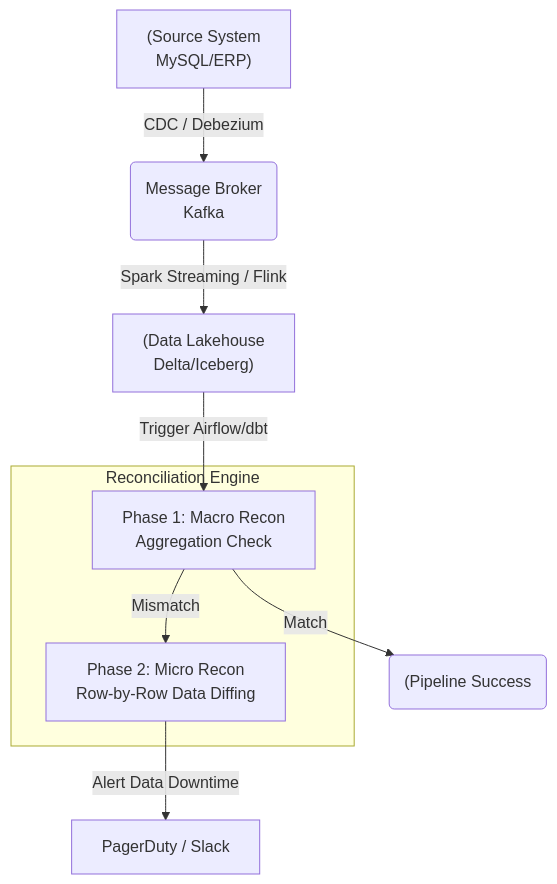
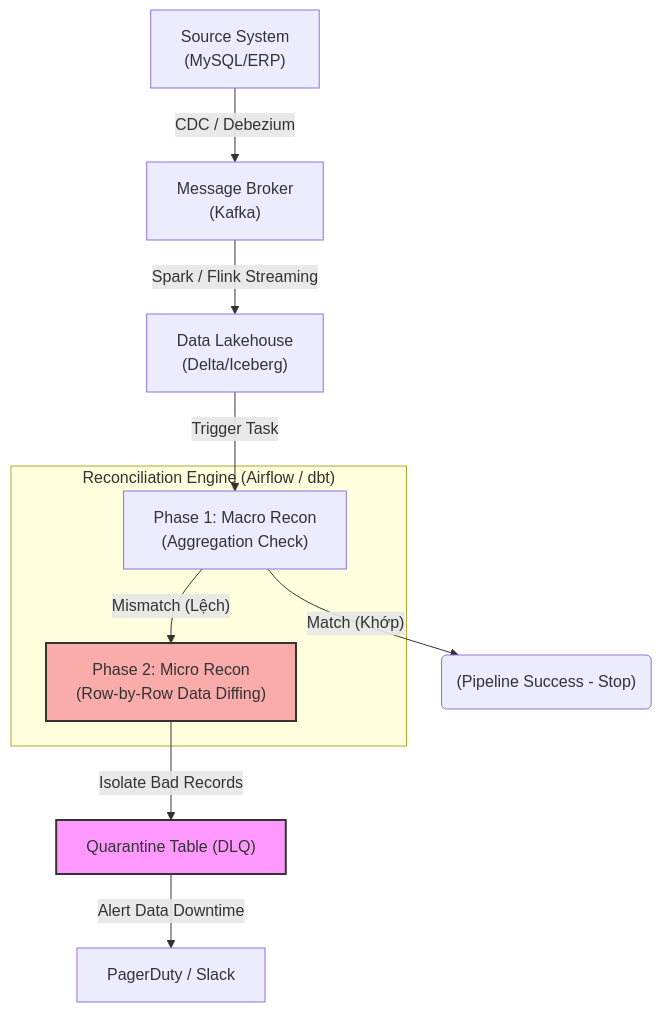
Before and after one commit to kythuatdulieu/kythuatdulieu.github.io: the diagram in src/content/docs/concepts/7-dataops-orchestration-quality/data-reconciliation.md, drawn with Mermaid. The commit also changed other lines of this file and 213 other files, not shown here.

Commit message:
Fix syntax and rewrite 200+ concepts docs to deep-dive system architecture and add GA4 tracking to quiz app

````diff
--- a/src/content/docs/concepts/7-dataops-orchestration-quality/data-reconciliation.md
+++ b/src/content/docs/concepts/7-dataops-orchestration-quality/data-reconciliation.md
@@ -29,15 +31,19 @@
 ```mermaid
 graph TD
-    A["(Source System<br>MySQL/ERP)"] -->|CDC / Debezium| B("Message Broker<br>Kafka")
-    B -->|Spark Streaming / Flink| C["(Data Lakehouse<br>Delta/Iceberg)"]
+    A["Source System<br>(MySQL/ERP)"] -->|CDC / Debezium| B["Message Broker<br>(Kafka)"]
+    B -->|Spark / Flink Streaming| C["Data Lakehouse<br>(Delta/Iceberg)"]
     
-    subgraph Reconciliation Engine
-    D["Phase 1: Macro Recon<br>Aggregation Check"]
-    E["Phase 2: Micro Recon<br>Row-by-Row Data Diffing"]
+    subgraph "Reconciliation Engine (Airflow / dbt)"
+    D["Phase 1: Macro Recon<br>(Aggregation Check)"]
+    E["Phase 2: Micro Recon<br>(Row-by-Row Data Diffing)"]
     end
     
-    C -->|Trigger Airflow/dbt| D
-    D -->|Match| F("(Pipeline Success")
-    D -->|Mismatch| E
-    E -->|Alert Data Downtime| G["PagerDuty / Slack"]
+    C -->|Trigger Task| D
+    D -->|"Match (Khớp)"| F("(Pipeline Success - Stop)")
+    D -->|"Mismatch (Lệch)"| E
+    E -->|Isolate Bad Records| G["Quarantine Table (DLQ)"]
+    G -->|Alert Data Downtime| H["PagerDuty / Slack"]
+    
+    style E fill:#f9acaa,stroke:#333,stroke-width:2px
+    style G fill:#f9f,stroke:#333,stroke-width:2px
 ```
````
